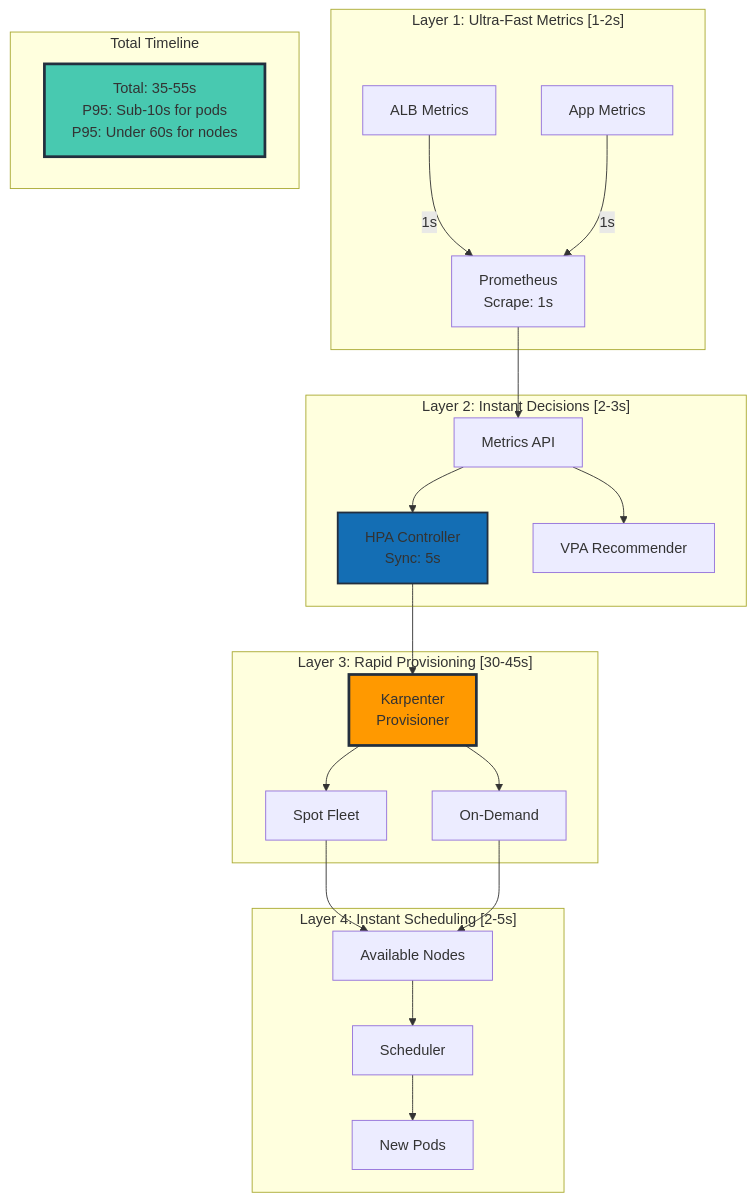
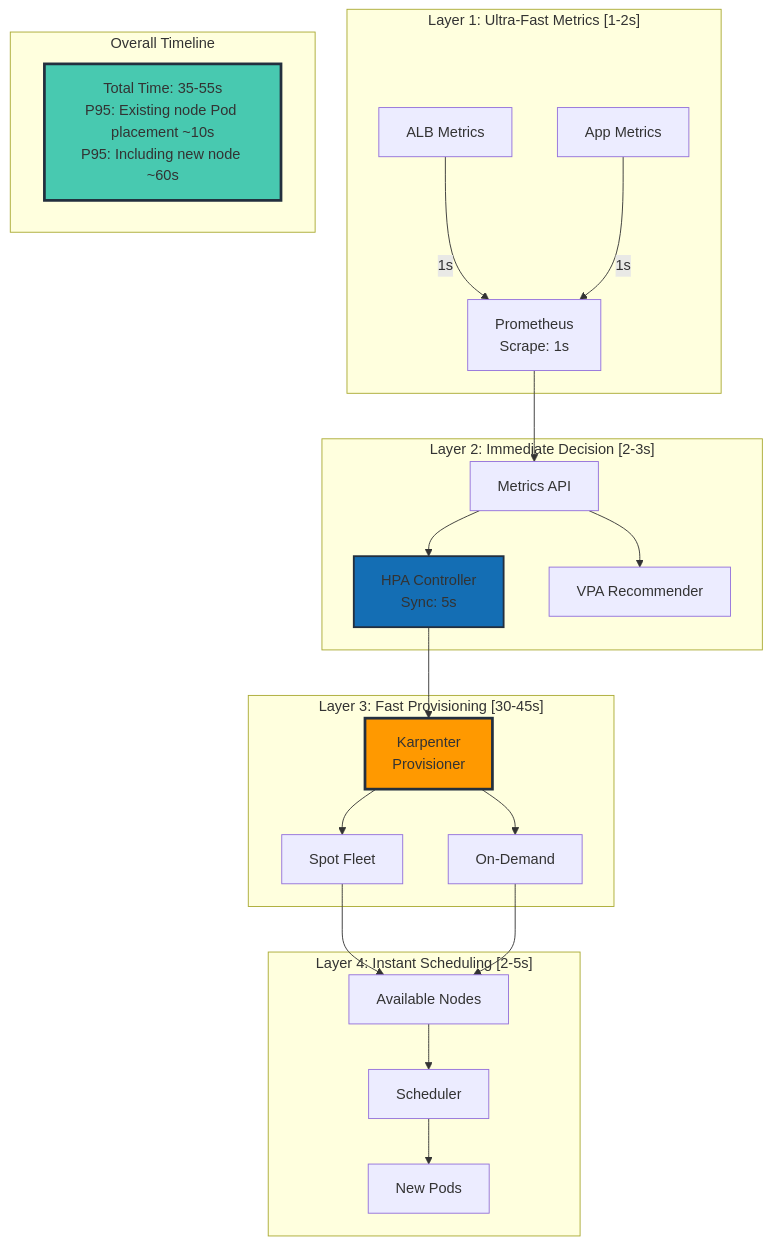
One commit to devfloor9/engineering-playbook changed the ninth of 33 diagrams in i18n/en/docusaurus-plugin-content-docs/current/infrastructure-optimization/karpenter-autoscaling.md. Above: the diagram before and after it, drawn with Mermaid. The commit also changed other lines of this file and 43 other files, not shown here.

````diff
--- a/i18n/en/docusaurus-plugin-content-docs/current/infrastructure-optimization/karpenter-autoscaling.md
+++ b/i18n/en/docusaurus-plugin-content-docs/current/infrastructure-optimization/karpenter-autoscaling.md
@@ -279,51 +522,51 @@
 ```mermaid
 graph TB
     subgraph "Layer 1: Ultra-Fast Metrics [1-2s]"
         ALB[ALB Metrics]
         APP[App Metrics]
         PROM[Prometheus<br/>Scrape: 1s]
 
         ALB -->|1s| PROM
         APP -->|1s| PROM
     end
 
-    subgraph "Layer 2: Instant Decisions [2-3s]"
+    subgraph "Layer 2: Immediate Decision [2-3s]"
         MA[Metrics API]
         HPA[HPA Controller<br/>Sync: 5s]
         VPA[VPA Recommender]
 
         PROM --> MA
         MA --> HPA
         MA --> VPA
     end
 
-    subgraph "Layer 3: Rapid Provisioning [30-45s]"
+    subgraph "Layer 3: Fast Provisioning [30-45s]"
         KARP[Karpenter<br/>Provisioner]
         SPOT[Spot Fleet]
         OD[On-Demand]
 
         HPA --> KARP
         KARP --> SPOT
         KARP --> OD
     end
 
     subgraph "Layer 4: Instant Scheduling [2-5s]"
         SCHED[Scheduler]
         NODE[Available Nodes]
         POD[New Pods]
 
         SPOT --> NODE
         OD --> NODE
         NODE --> SCHED
         SCHED --> POD
     end
 
-    subgraph "Total Timeline"
-        TOTAL[Total: 35-55s<br/>P95: Sub-10s for pods<br/>P95: Under 60s for nodes]
+    subgraph "Overall Timeline"
+        TOTAL[Total Time: 35-55s<br/>P95: Existing node Pod placement ~10s<br/>P95: Including new node ~60s]
     end
 
     style KARP fill:#ff9900,stroke:#232f3e,stroke-width:3px
     style HPA fill:#146eb4,stroke:#232f3e,stroke-width:2px
     style TOTAL fill:#48C9B0,stroke:#232f3e,stroke-width:3px
 
 ```
````
